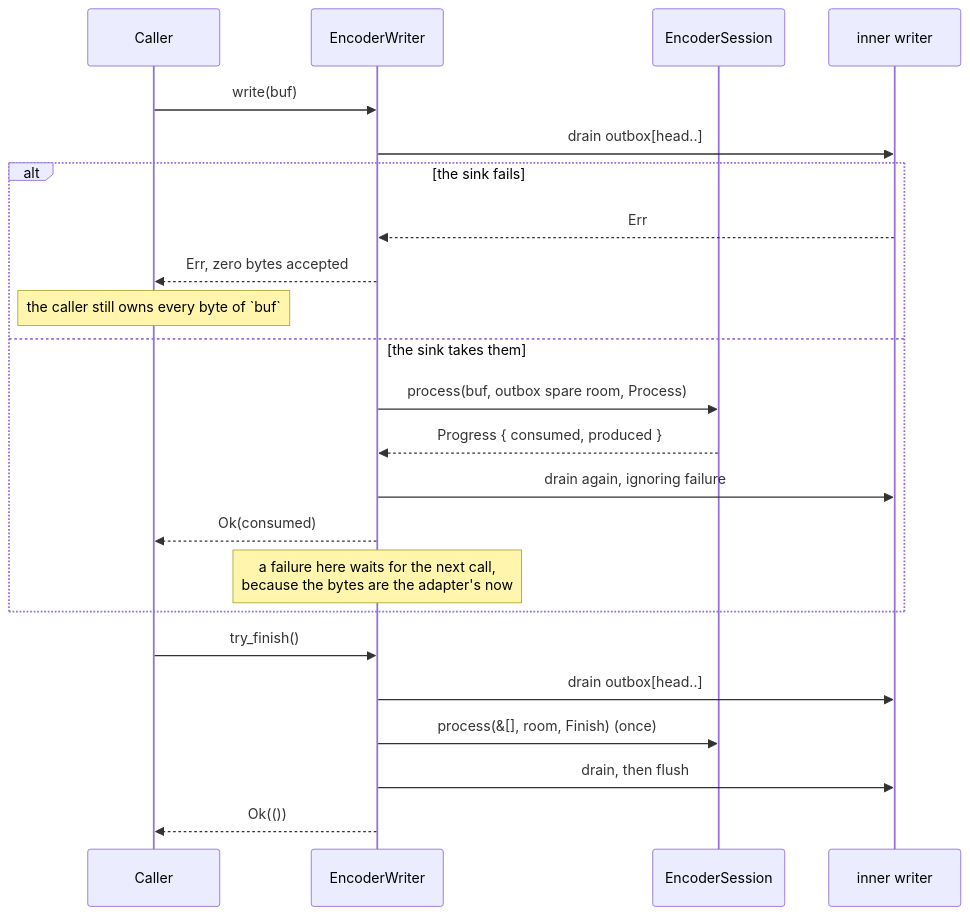
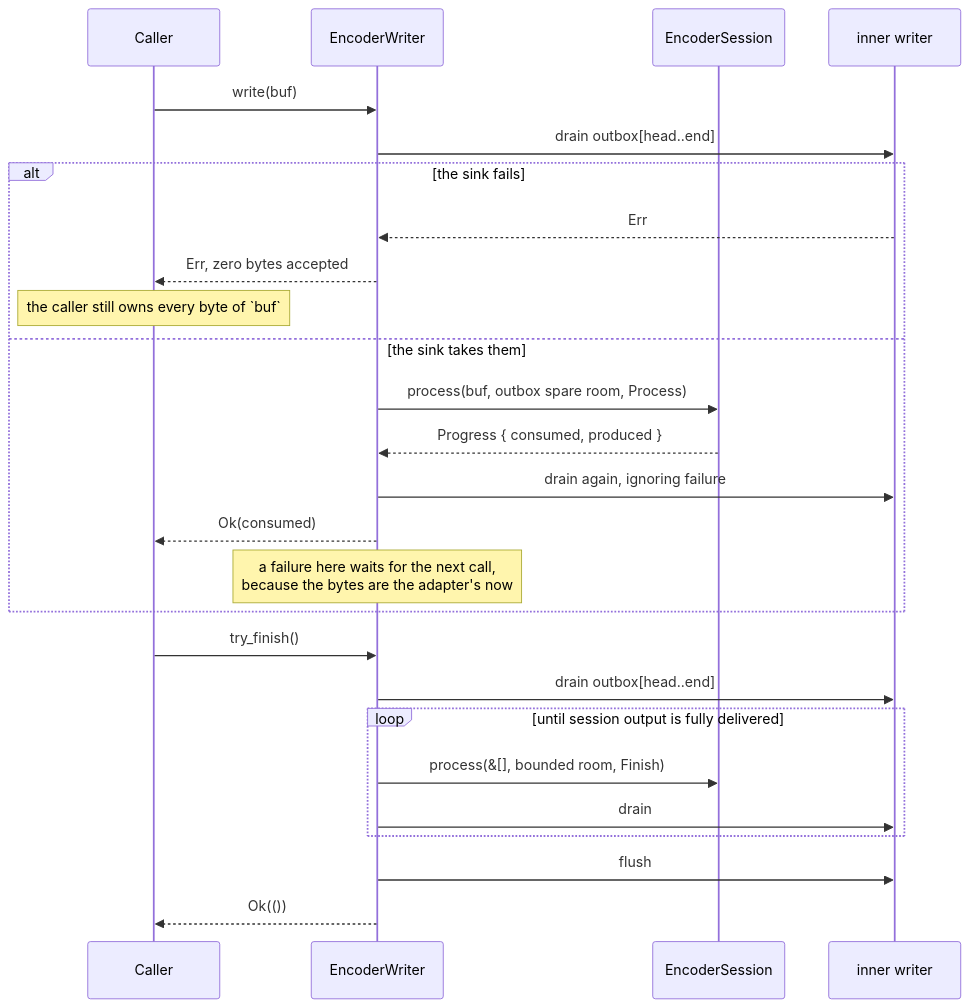
The ninth of 12 diagrams in architecture/compressor.md (Mnwa/mbrotli), drawn with Mermaid before and after one commit. The commit also changed other lines of this file and 64 other files, not shown here.

````diff
--- a/architecture/compressor.md
+++ b/architecture/compressor.md
@@ -454,27 +482,30 @@
 ```mermaid
 sequenceDiagram
     participant Caller
     participant W as EncoderWriter
     participant S as EncoderSession
     participant Sink as inner writer
 
     Caller->>W: write(buf)
-    W->>Sink: drain outbox[head..]
+    W->>Sink: drain outbox[head..end]
     alt the sink fails
         Sink-->>W: Err
         W-->>Caller: Err, zero bytes accepted
         Note over Caller: the caller still owns every byte of `buf`
     else the sink takes them
         W->>S: process(buf, outbox spare room, Process)
         S-->>W: Progress { consumed, produced }
         W->>Sink: drain again, ignoring failure
         W-->>Caller: Ok(consumed)
         Note over W: a failure here waits for the next call,<br/>because the bytes are the adapter's now
     end
 
     Caller->>W: try_finish()
-    W->>Sink: drain outbox[head..]
-    W->>S: process(&[], room, Finish)  (once)
-    W->>Sink: drain, then flush
+    W->>Sink: drain outbox[head..end]
+    loop until session output is fully delivered
+        W->>S: process(&[], bounded room, Finish)
+        W->>Sink: drain
+    end
+    W->>Sink: flush
     W-->>Caller: Ok(())
 ```
````
